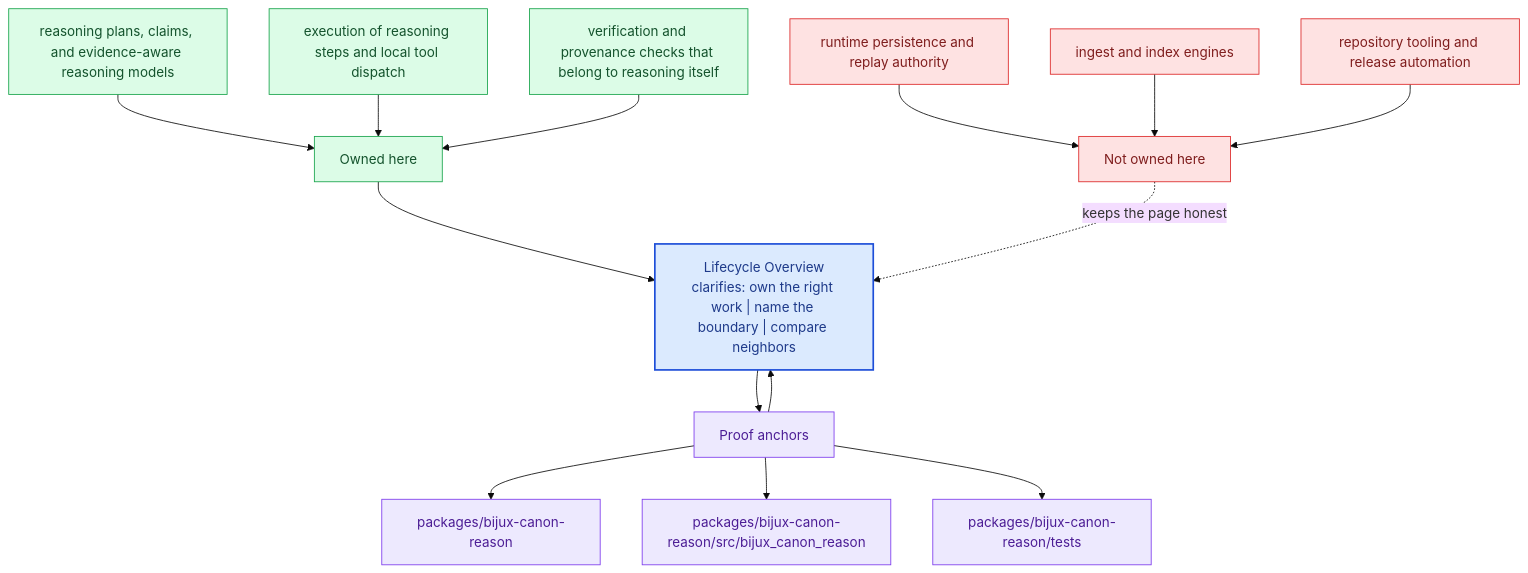
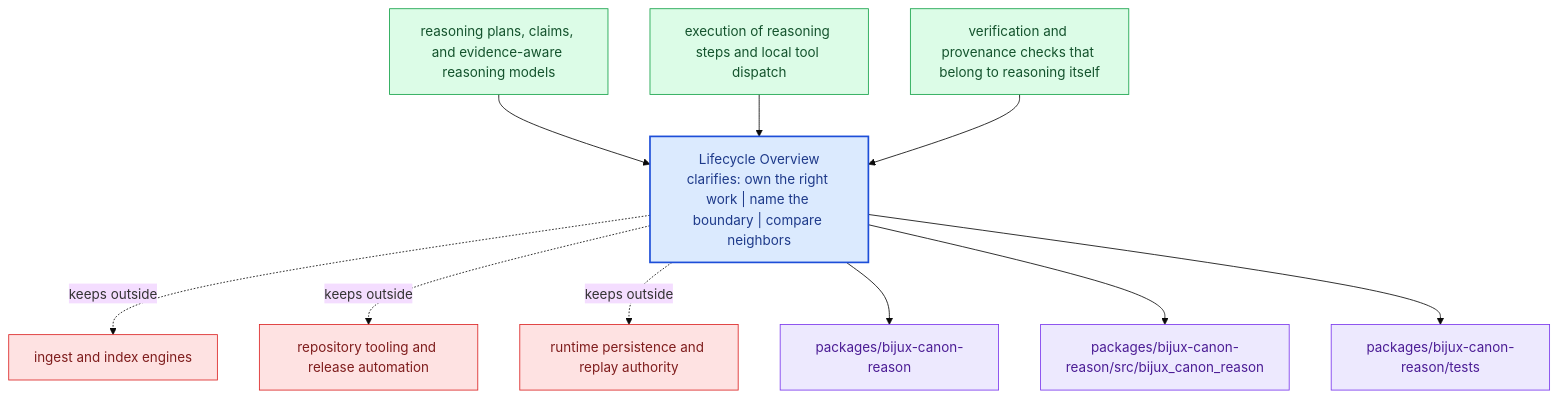
Before and after one commit to bijux/bijux-canon: the diagram in docs/bijux-canon-reason/foundation/lifecycle-overview.md, drawn with Mermaid (base theme). The commit also changed other lines of this file and 281 other files, not shown here.

Commit message:
docs(diagrams): replace repeated mermaid scaffolds with page-specific summaries

````diff
--- a/docs/bijux-canon-reason/foundation/lifecycle-overview.md
+++ b/docs/bijux-canon-reason/foundation/lifecycle-overview.md
@@ -69,40 +24,31 @@
 ```mermaid
 flowchart TB
-    promise["Lifecycle Overview<br/>clarifies: own the right work | name the boundary | compare neighbors"]
-    classDef promise fill:#dbeafe,stroke:#1d4ed8,color:#1e3a8a,stroke-width:2px;
-    classDef driver fill:#dcfce7,stroke:#16a34a,color:#14532d;
-    classDef constraint fill:#fee2e2,stroke:#dc2626,color:#7f1d1d;
-    classDef ground fill:#ede9fe,stroke:#7c3aed,color:#4c1d95;
-    focus1["Owned here"]
-    focus1 --> promise
-    focus1_1["reasoning plans, claims, and evidence-aware reasoning models"]
-    focus1_1 --> focus1
-    focus1_2["execution of reasoning steps and local tool dispatch"]
-    focus1_2 --> focus1
-    focus1_3["verification and provenance checks that belong to reasoning itself"]
-    focus1_3 --> focus1
-    class focus1 driver;
-    class focus1_1,focus1_2,focus1_3 driver;
-    focus2["Not owned here"]
-    focus2 -.keeps the page honest.-> promise
-    focus2_1["runtime persistence and replay authority"]
-    focus2_1 --> focus2
-    focus2_2["ingest and index engines"]
-    focus2_2 --> focus2
-    focus2_3["repository tooling and release automation"]
-    focus2_3 --> focus2
-    class focus2 constraint;
-    class focus2_1,focus2_2,focus2_3 constraint;
-    focus3["Proof anchors"]
-    focus3 --> promise
-    promise --> focus3
-    focus3_1["packages/bijux-canon-reason"]
-    focus3 --> focus3_1
-    focus3_2["packages/bijux-canon-reason/src/bijux_canon_reason"]
-    focus3 --> focus3_2
-    focus3_3["packages/bijux-canon-reason/tests"]
-    focus3 --> focus3_3
-    class focus3 ground;
-    class focus3_1,focus3_2,focus3_3 ground;
-    class promise promise;
+    page["Lifecycle Overview<br/>clarifies: own the right work | name the boundary | compare neighbors"]
+    classDef page fill:#dbeafe,stroke:#1d4ed8,color:#1e3a8a,stroke-width:2px;
+    classDef positive fill:#dcfce7,stroke:#16a34a,color:#14532d;
+    classDef caution fill:#fee2e2,stroke:#dc2626,color:#7f1d1d;
+    classDef anchor fill:#ede9fe,stroke:#7c3aed,color:#4c1d95;
+    classDef action fill:#fef3c7,stroke:#d97706,color:#7c2d12;
+    own1["reasoning plans, claims, and evidence-aware reasoning models"]
+    own1 --> page
+    own2["execution of reasoning steps and local tool dispatch"]
+    own2 --> page
+    own3["verification and provenance checks that belong to reasoning itself"]
+    own3 --> page
+    limit1["ingest and index engines"]
+    page -.keeps outside.-> limit1
+    limit2["repository tooling and release automation"]
+    page -.keeps outside.-> limit2
+    limit3["runtime persistence and replay authority"]
+    page -.keeps outside.-> limit3
+    anchor1["packages/bijux-canon-reason"]
+    page --> anchor1
+    anchor2["packages/bijux-canon-reason/src/bijux_canon_reason"]
+    page --> anchor2
+    anchor3["packages/bijux-canon-reason/tests"]
+    page --> anchor3
+    class page page;
+    class own1,own2,own3 positive;
+    class limit1,limit2,limit3 caution;
+    class anchor1,anchor2,anchor3 anchor;
 ```
````
